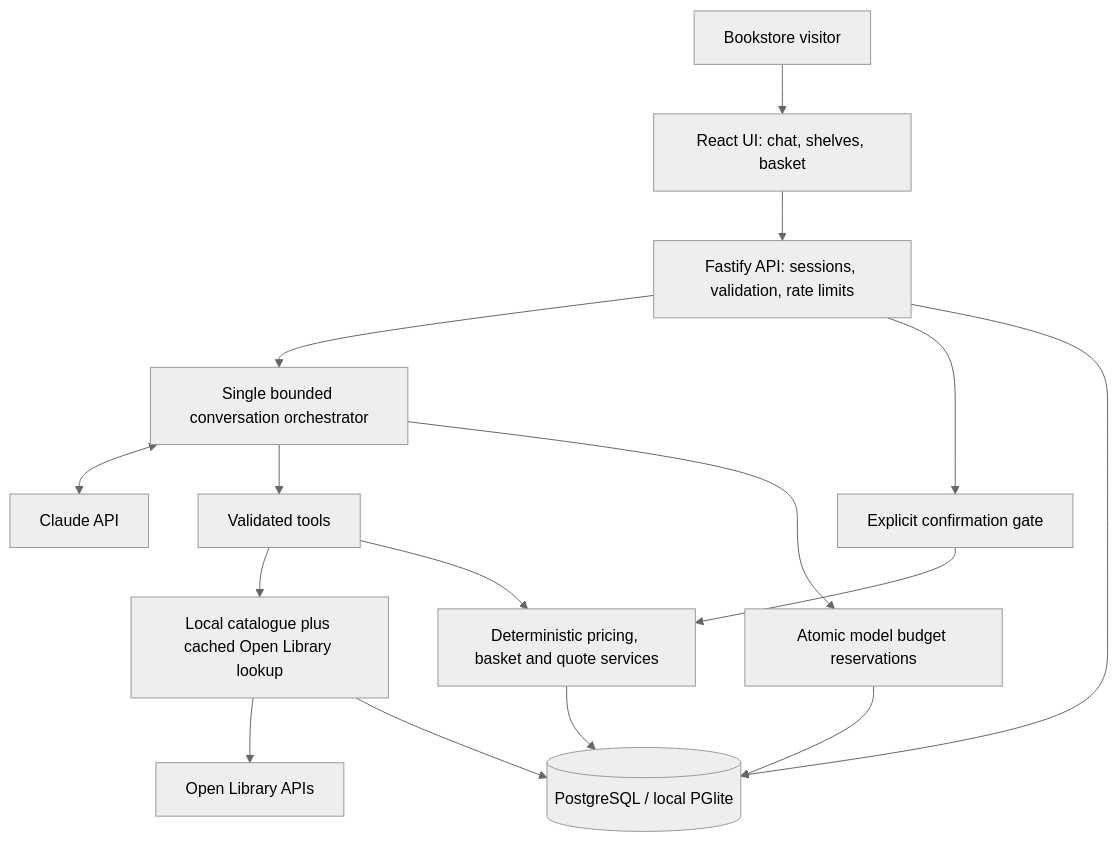
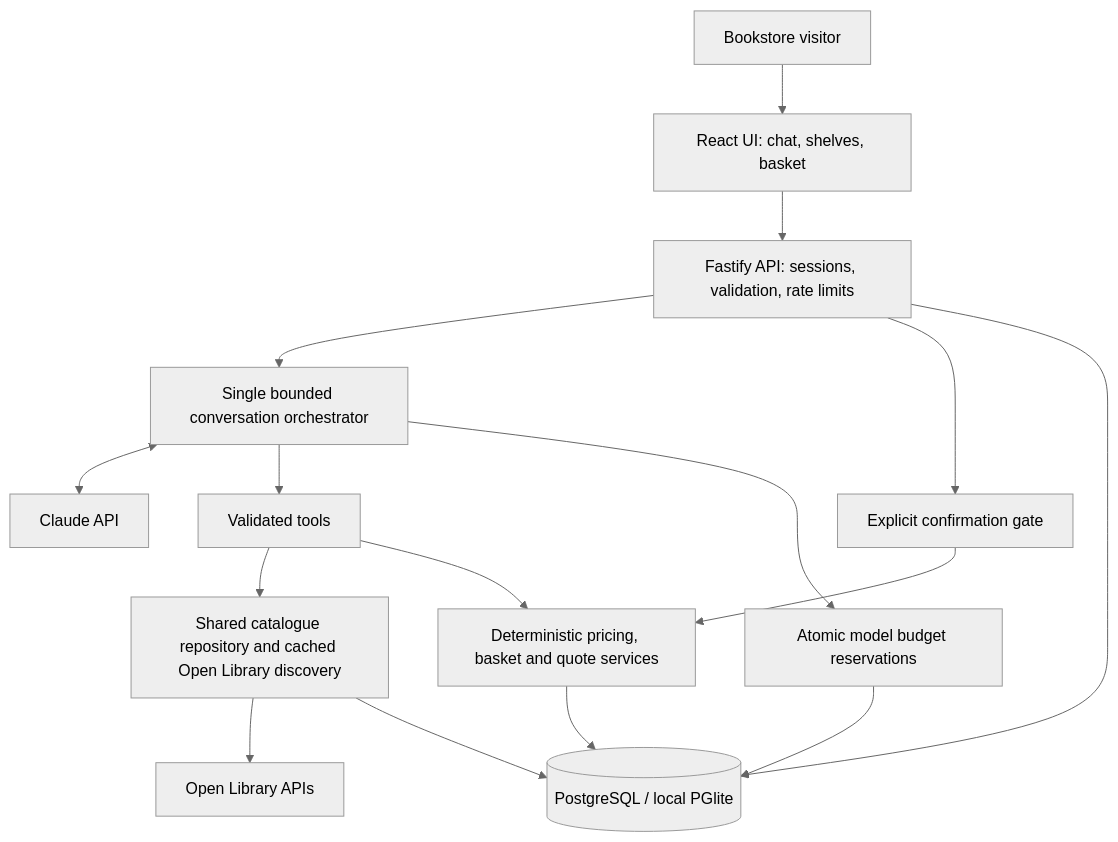
The diagram in docs/requirements.md (omarcoding2002/bookshop-assistant), drawn with Mermaid (neutral theme) before and after one commit. The commit also changed other lines of this file and 29 other files, not shown here.

Commit message:
Add persistent Open Library discovery with validated edition offers

````diff
--- a/docs/requirements.md
+++ b/docs/requirements.md
@@ -64,18 +64,18 @@
 ```mermaid
 flowchart TD
   User[Bookstore visitor] --> UI[React UI: chat, shelves, basket]
   UI --> API[Fastify API: sessions, validation, rate limits]
   API --> Agent[Single bounded conversation orchestrator]
   Agent <--> Claude[Claude API]
   Agent --> Tools[Validated tools]
-  Tools --> Catalogue[Local catalogue plus cached Open Library lookup]
+  Tools --> Catalogue[Shared catalogue repository and cached Open Library discovery]
   Catalogue --> OpenLibrary[Open Library APIs]
   Tools --> Store[Deterministic pricing, basket and quote services]
   API --> Confirm[Explicit confirmation gate]
   Confirm --> Store
   Store --> DB[(PostgreSQL / local PGlite)]
   API --> DB
   Catalogue --> DB
   Agent --> Budget[Atomic model budget reservations]
   Budget --> DB
 ```
````
